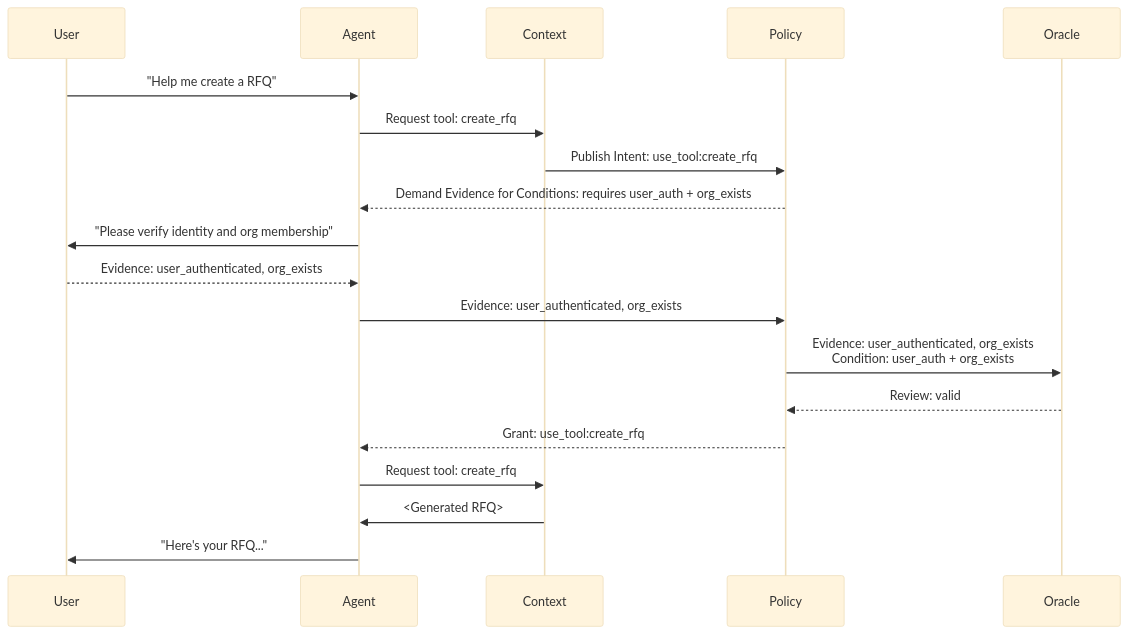
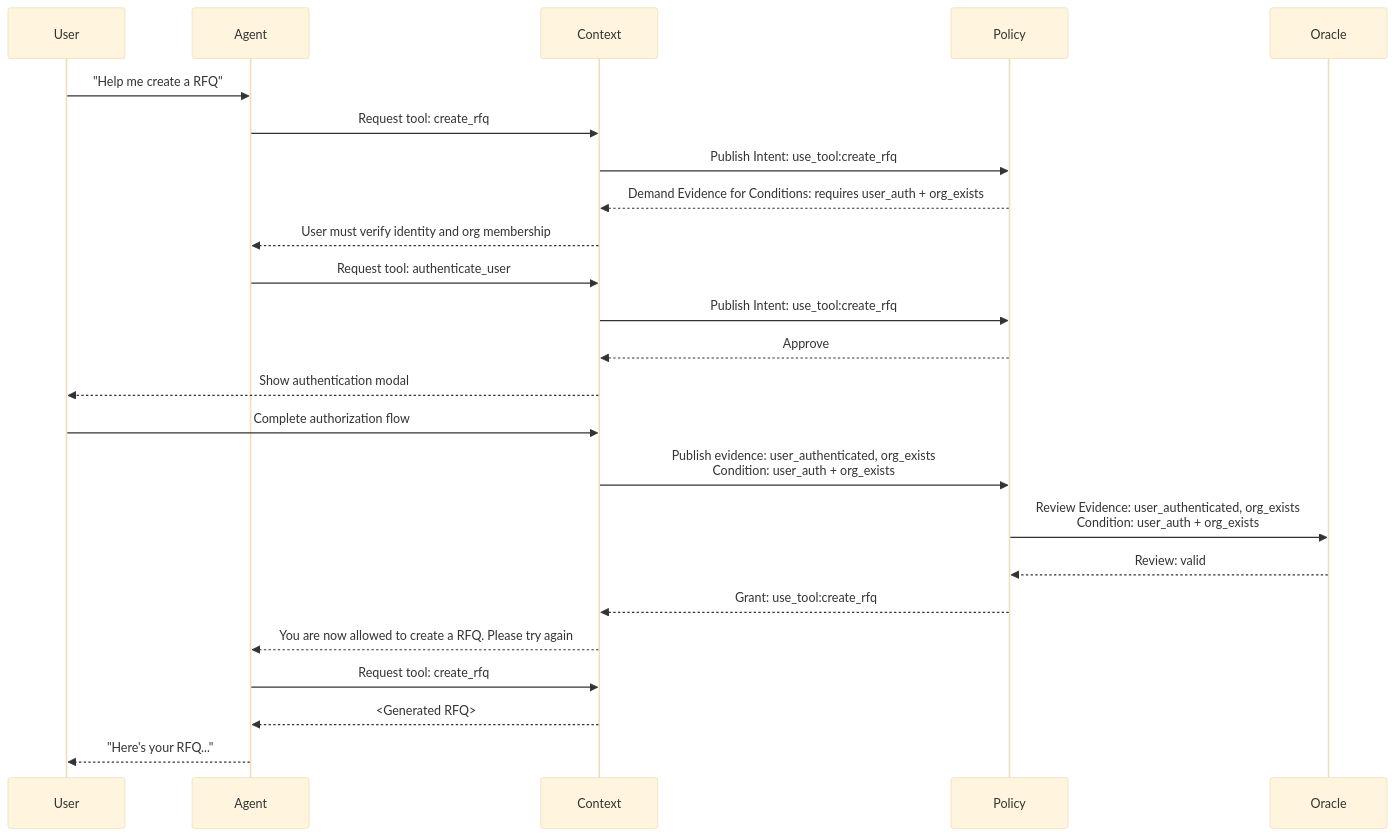
The diagram in packages/app/src/blog/protologic/post.mdx (coffee-fueled-dev/very-coffee), drawn with Mermaid (base theme) before and after one commit.

Commit message:
improve diagram accuracy

````diff
--- a/packages/app/src/blog/protologic/post.mdx
+++ b/packages/app/src/blog/protologic/post.mdx
@@ -11,29 +11,27 @@
 ```mermaid
 sequenceDiagram
     participant U as User
     participant A as Agent
     participant C as Context
     participant P as Policy
     participant O as Oracle
 
     U->>A: "Help me create a RFQ"
-
     A->>C: Request tool: create_rfq
-
     C->>P: Publish Intent: use_tool:create_rfq
-    P-->>A: Demand Evidence for Conditions: requires user_auth + org_exists
-
-    A->>U: "Please verify identity and org membership"
-    U-->>A: Evidence: user_authenticated, org_exists
-
-    A->>P: Evidence: user_authenticated, org_exists
-
-    P->>O: Evidence: user_authenticated, org_exists<br/>Condition: user_auth + org_exists
+    P-->>C: Demand Evidence for Conditions: requires user_auth + org_exists
+    C-->>A: User must verify identity and org membership
+    A->>C: Request tool: authenticate_user
+    C->>P: Publish Intent: use_tool:create_rfq
+    P-->>C: Approve
+    C-->>U: Show authentication modal
+    U->>C: Complete authorization flow
+    C->>P: Publish evidence: user_authenticated, org_exists<br/>Condition: user_auth + org_exists
+    P->>O: Review Evidence: user_authenticated, org_exists<br/>Condition: user_auth + org_exists
     O-->>P: Review: valid
-
-    P-->>A: Grant: use_tool:create_rfq
+    P-->>C: Grant: use_tool:create_rfq
+    C-->>A: You are now allowed to create a RFQ. Please try again
     A->>C: Request tool: create_rfq
-
-    C->>A: <Generated RFQ>
-    A->>U: "Here's your RFQ..."
+    C-->>A: <Generated RFQ>
+    A-->>U: "Here's your RFQ..."
 ```
````
